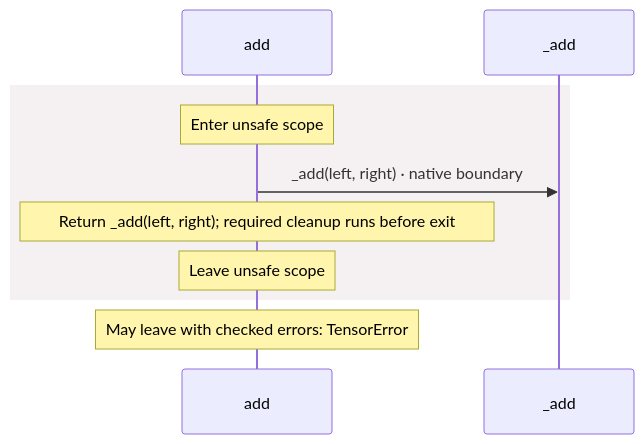
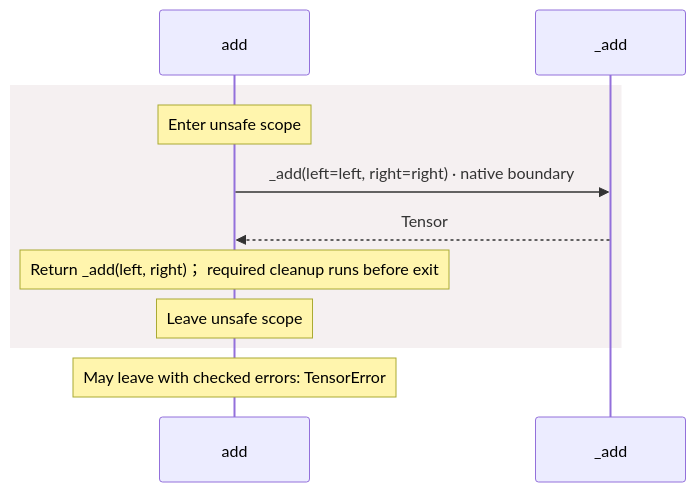
One commit to GreenPandaStudios/augscript changed the fourth of 8 diagrams in docs/examples/native-pytorch/dependencies/packages/@greenpandastudios/aug-pytorch/0.1.6/api-diagrams.md. Above: the diagram before and after it, drawn with Mermaid. The commit also changed other lines of this file and 524 other files, not shown here.

Commit message:
Explain checked data flow at folder and service levels

````diff
--- a/docs/examples/native-pytorch/dependencies/packages/@greenpandastudios/aug-pytorch/0.1.6/api-diagrams.md
+++ b/docs/examples/native-pytorch/dependencies/packages/@greenpandastudios/aug-pytorch/0.1.6/api-diagrams.md
@@ -145,12 +117,13 @@
 ```mermaid
 sequenceDiagram
     participant p0 as add
     participant p1 as _add
     rect rgb(245, 240, 241)
     Note over p0: Enter unsafe scope
-    p0->>p1: _add(left, right) · native boundary
-    Note over p0: Return _add(left, right)#59; required cleanup runs before exit
+    p0->>p1: _add(left=left, right=right) · native boundary
+    p1-->>p0: Tensor
+    Note over p0: Return _add(left, right)； required cleanup runs before exit
     Note over p0: Leave unsafe scope
     end
     Note over p0: May leave with checked errors: TensorError
 ```
````
